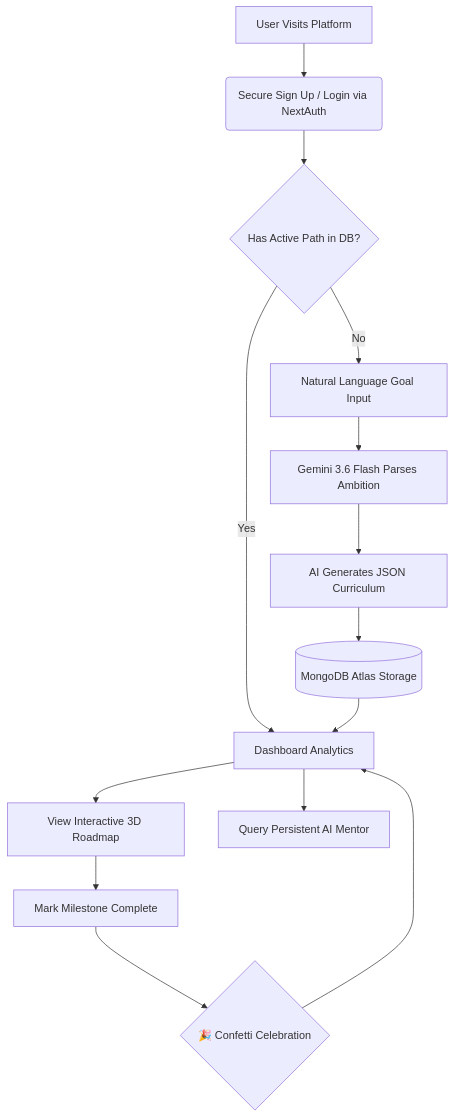
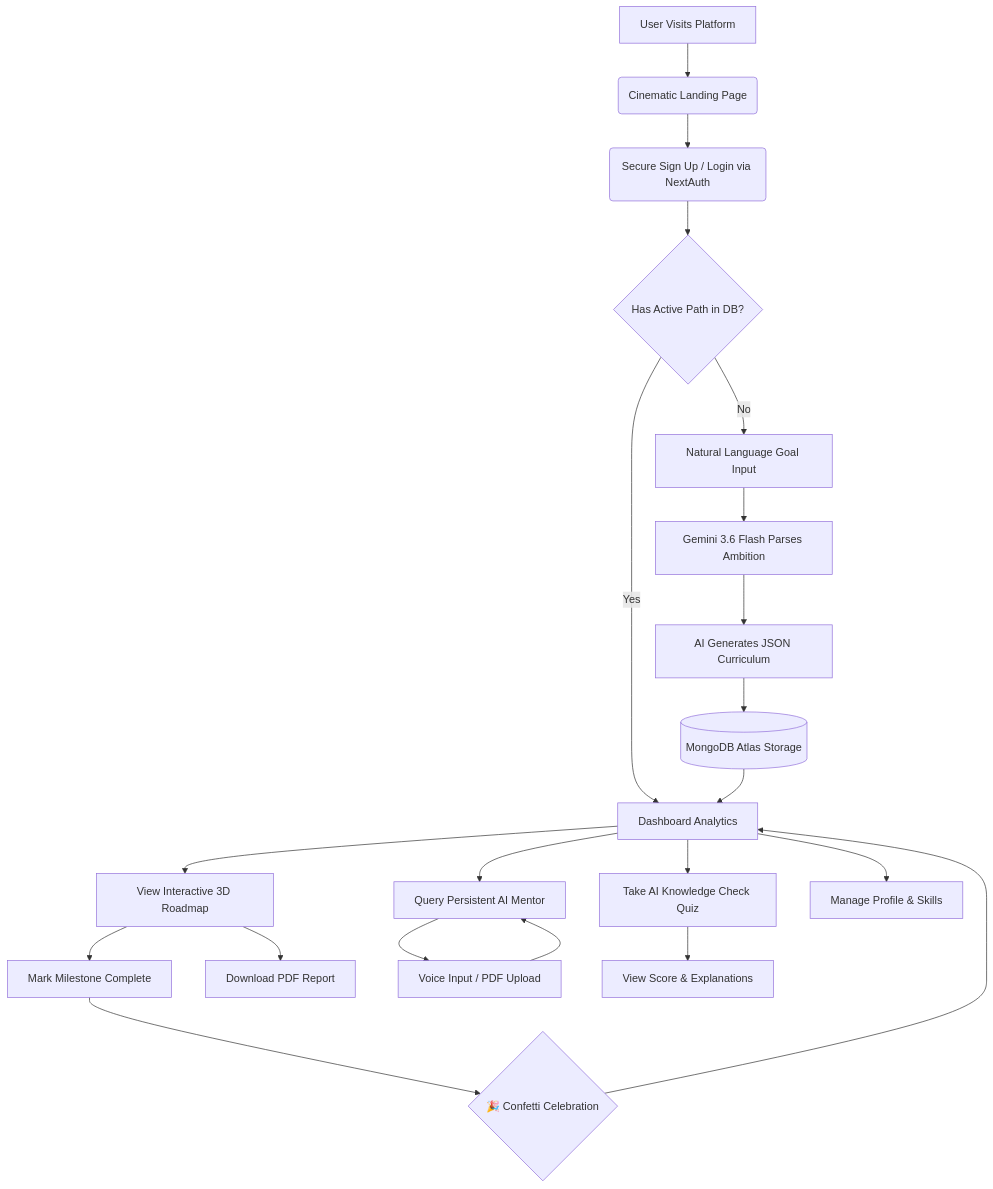
One commit to krrish-cypto/learnsync-ai changed the first of 7 diagrams in README.md. Above: the diagram before and after it, drawn with Mermaid. The commit also changed other lines of this file, not shown here.

Commit message:
Overhaul README with all new features: Quiz, PDF Export, Voice Input, Profile, Landing Page

````diff
--- a/README.md
+++ b/README.md
@@ -139,16 +173,23 @@
 ```mermaid
 graph TD;
-    A[User Visits Platform] --> B(Secure Sign Up / Login via NextAuth)
-    B --> C{Has Active Path in DB?}
-    C -- No --> D[Natural Language Goal Input]
-    D --> E[Gemini 3.6 Flash Parses Ambition]
-    E --> F[AI Generates JSON Curriculum]
-    F --> G[(MongoDB Atlas Storage)]
-    C -- Yes --> H[Dashboard Analytics]
-    G --> H
-    H --> I[View Interactive 3D Roadmap]
-    H --> J[Query Persistent AI Mentor]
-    I --> K[Mark Milestone Complete]
-    K --> L{🎉 Confetti Celebration}
-    L --> H
+    A[User Visits Platform] --> B(Cinematic Landing Page)
+    B --> C(Secure Sign Up / Login via NextAuth)
+    C --> D{Has Active Path in DB?}
+    D -- No --> E[Natural Language Goal Input]
+    E --> F[Gemini 3.6 Flash Parses Ambition]
+    F --> G[AI Generates JSON Curriculum]
+    G --> H[(MongoDB Atlas Storage)]
+    D -- Yes --> I[Dashboard Analytics]
+    H --> I
+    I --> J[View Interactive 3D Roadmap]
+    I --> K[Query Persistent AI Mentor]
+    I --> L[Take AI Knowledge Check Quiz]
+    I --> M[Manage Profile & Skills]
+    J --> N[Mark Milestone Complete]
+    J --> O[Download PDF Report]
+    N --> P{🎉 Confetti Celebration}
+    P --> I
+    K --> Q[Voice Input / PDF Upload]
+    Q --> K
+    L --> R[View Score & Explanations]
 ```
````
